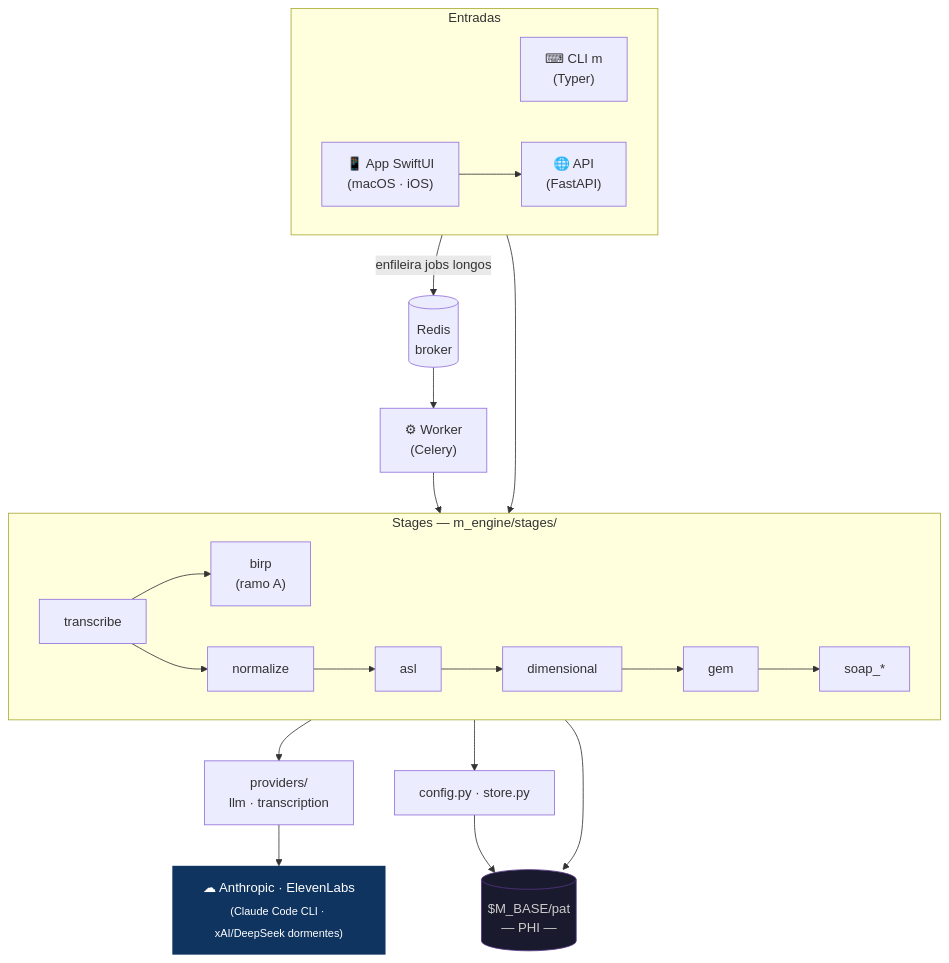
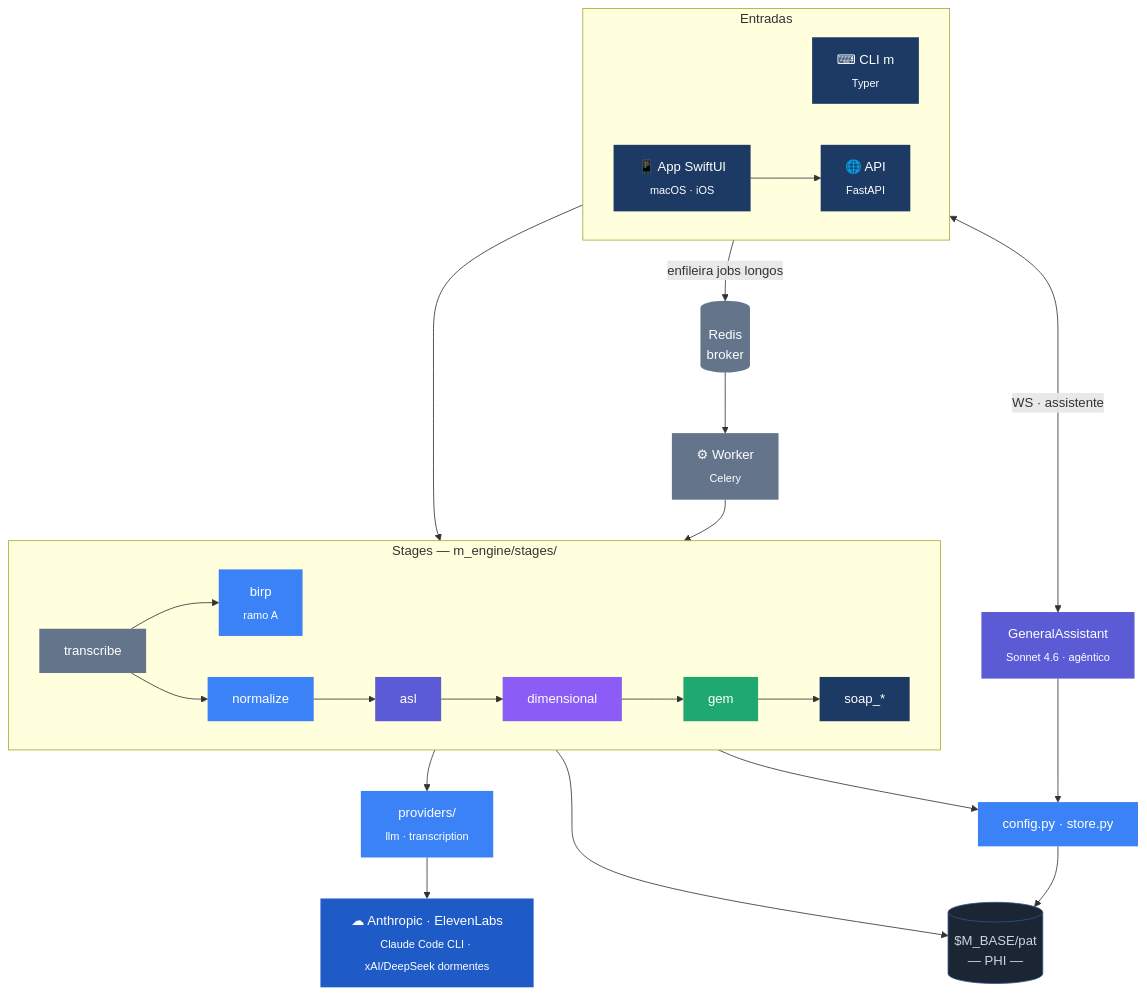
One commit to myselfgus/m changed the ninth of 13 diagrams in README.md. Above: the diagram before and after it, drawn with Mermaid. The commit also changed other lines of this file, not shown here.

First line of the commit message:
docs(readme): re-tematiza mermaids no design system + assistente, perfil, elevação

````diff
--- a/README.md
+++ b/README.md
@@ -253,31 +325,42 @@
 ```mermaid
+%%{init: {'theme':'base','themeVariables':{'fontFamily':'-apple-system,BlinkMacSystemFont,"SF Pro Text","Helvetica Neue",Arial,sans-serif','fontSize':'14px','primaryColor':'#EEF2F7','primaryTextColor':'#1C2533','lineColor':'#64748B','clusterBkg':'#F4F7FB','clusterBorder':'#94A3B8'}}}%%
 flowchart TB
     subgraph entrypoints["Entradas"]
         direction LR
-        CLI["⌨ CLI m<br/>(Typer)"]
-        API["🌐 API<br/>(FastAPI)"]
-        APP["📱 App SwiftUI<br/>(macOS · iOS)"]
+        CLI["⌨ CLI m<br/><sub>Typer</sub>"]:::ep
+        API["🌐 API<br/><sub>FastAPI</sub>"]:::ep
+        APP["📱 App SwiftUI<br/><sub>macOS · iOS</sub>"]:::ep
     end
 
     APP --> API
-    API -->|enfileira jobs longos| Q[(Redis<br/>broker)]
-    Q --> W["⚙ Worker<br/>(Celery)"]
+    API -->|enfileira jobs longos| Q[(Redis<br/>broker)]:::infra
+    API <-->|"WS · assistente"| ASSIST["GeneralAssistant<br/><sub>Sonnet 4.6 · agêntico</sub>"]:::asl
+    Q --> W["⚙ Worker<br/><sub>Celery</sub>"]:::infra
 
     CLI --> STAGES
     W --> STAGES
+    ASSIST --> CFG
 
     subgraph STAGES["Stages — m_engine/stages/"]
         direction LR
-        S1[transcribe] --> SB["birp<br/>(ramo A)"]
-        S1 --> S2[normalize] --> S3[asl] --> S4[dimensional] --> S5[gem] --> S6["soap_*"]
+        S1[transcribe]:::stt --> SB["birp<br/><sub>ramo A</sub>"]:::proc
+        S1 --> S2[normalize]:::proc --> S3[asl]:::asl --> S4[dimensional]:::vdlp --> S5[gem]:::gem --> S6["soap_*"]:::soap
     end
 
-    STAGES --> PROV["providers/<br/>llm · transcription"]
-    STAGES --> CFG["config.py · store.py"]
-    PROV --> EXT["☁ Anthropic · ElevenLabs<br/><sub>(Claude Code CLI · xAI/DeepSeek dormentes)</sub>"]
-    CFG --> FS[("$M_BASE/pat<br/>— PHI —")]
+    STAGES --> PROV["providers/<br/><sub>llm · transcription</sub>"]:::proc
+    STAGES --> CFG["config.py · store.py"]:::proc
+    PROV --> EXT["☁ Anthropic · ElevenLabs<br/><sub>Claude Code CLI · xAI/DeepSeek dormentes</sub>"]:::ext
+    CFG --> FS[("$M_BASE/pat<br/>— PHI —")]:::phi
     STAGES --> FS
 
-    style FS fill:#1a1a2e,color:#ccc,stroke:#533483
-    style EXT fill:#0f3460,color:#fff,stroke:none
+    classDef ep fill:#1C3A63,color:#fff,stroke:none
+    classDef infra fill:#64748B,color:#fff,stroke:none
+    classDef stt fill:#64748B,color:#fff,stroke:none
+    classDef proc fill:#3B82F6,color:#fff,stroke:none
+    classDef asl fill:#5B5BD6,color:#fff,stroke:none
+    classDef vdlp fill:#8B5CF6,color:#fff,stroke:none
+    classDef gem fill:#1FA86F,color:#fff,stroke:none
+    classDef soap fill:#1C3A63,color:#fff,stroke:none
+    classDef ext fill:#1E5BC6,color:#fff,stroke:none
+    classDef phi fill:#1C2533,color:#CBD5E1,stroke:#2E5388
 ```
````
